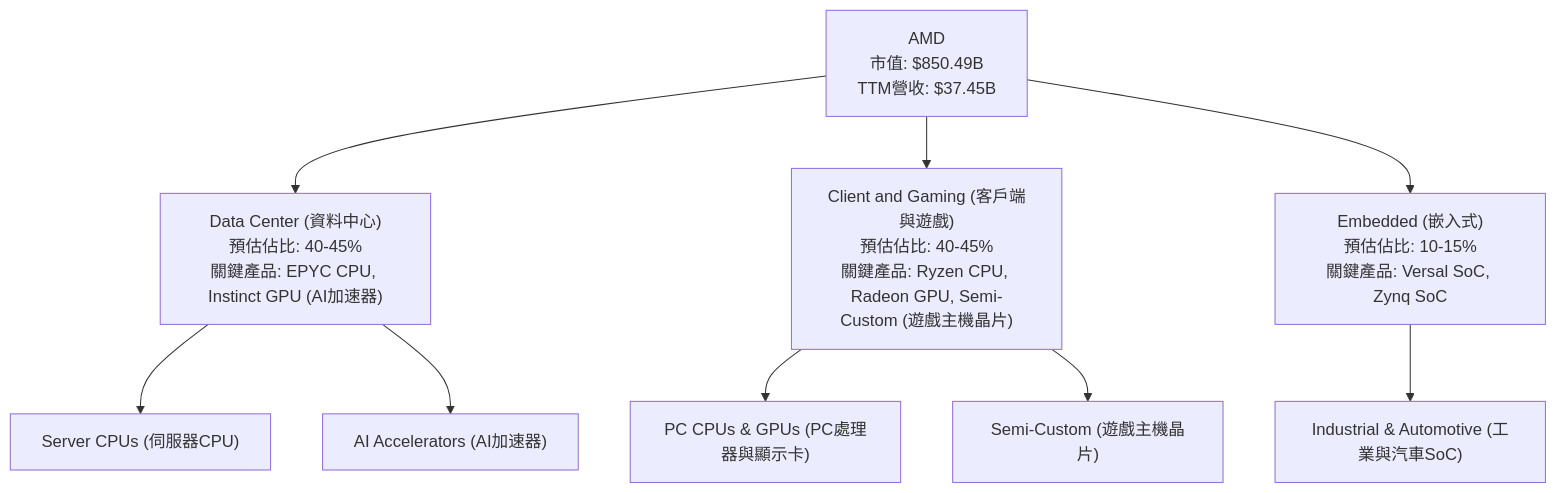
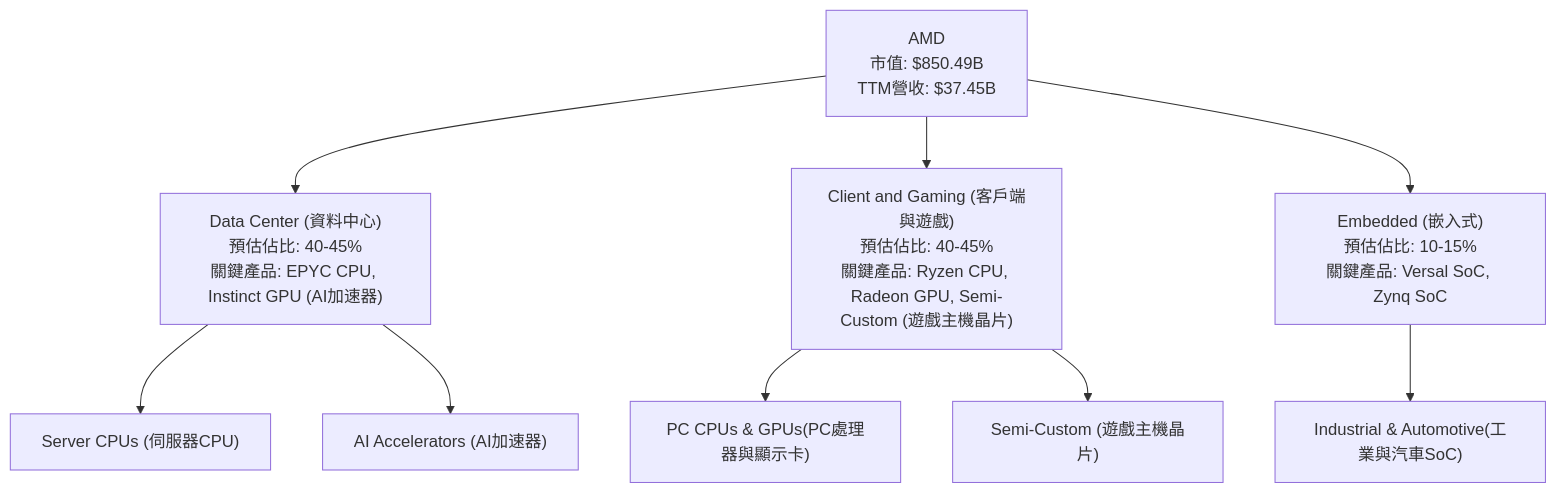
The second of 9 diagrams in ai_gen_report/stock/amd/fundamental_analysis_2026-06-26_gemini-2.md (yennanliu/finance_data), drawn with Mermaid before and after one commit. The commit also changed 2258 other files, not shown here.

First line of the commit message:
chore: backfill Mermaid syntax repair across existing reports

````diff
--- a/ai_gen_report/stock/amd/fundamental_analysis_2026-06-26_gemini-2.md
+++ b/ai_gen_report/stock/amd/fundamental_analysis_2026-06-26_gemini-2.md
@@ -134,18 +134,18 @@
 ```mermaid
 graph TD
     AMD_Overview["AMD<br/>市值: $850.49B<br/>TTM營收: $37.45B"]
 
     DC["Data Center (資料中心)<br/>預估佔比: 40-45%<br/>關鍵產品: EPYC CPU, Instinct GPU (AI加速器)"]
     CG["Client and Gaming (客戶端與遊戲)<br/>預估佔比: 40-45%<br/>關鍵產品: Ryzen CPU, Radeon GPU, Semi-Custom (遊戲主機晶片)"]
     EMB["Embedded (嵌入式)<br/>預估佔比: 10-15%<br/>關鍵產品: Versal SoC, Zynq SoC"]
 
     AMD_Overview --> DC
     AMD_Overview --> CG
     AMD_Overview --> EMB
 
     DC --> DCCPU["Server CPUs (伺服器CPU)"]
     DC --> DCGPU["AI Accelerators (AI加速器)"]
-    CG --> CGPC["PC CPUs & GPUs (PC處理器與顯示卡)"]
+    CG --> CGPC["PC CPUs & GPUs(PC處理器與顯示卡)"]
     CG --> CGConsole["Semi-Custom (遊戲主機晶片)"]
-    EMB --> EMBSOC["Industrial & Automotive (工業與汽車SoC)"]
+    EMB --> EMBSOC["Industrial & Automotive(工業與汽車SoC)"]
 ```
````
